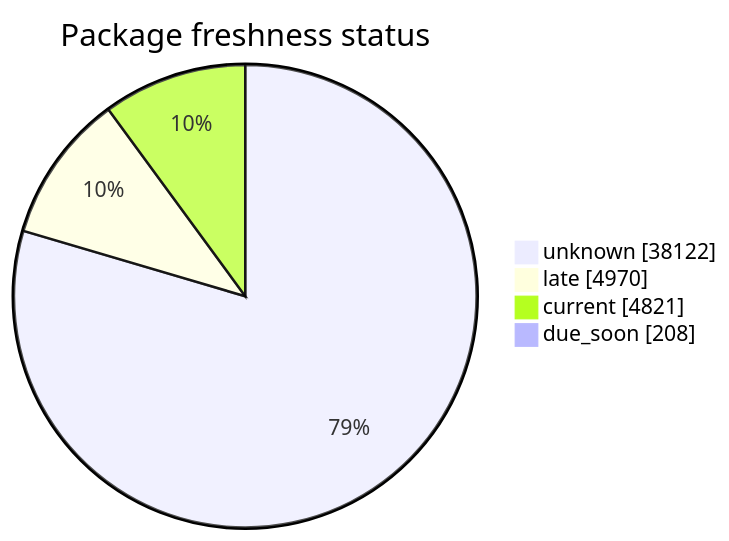
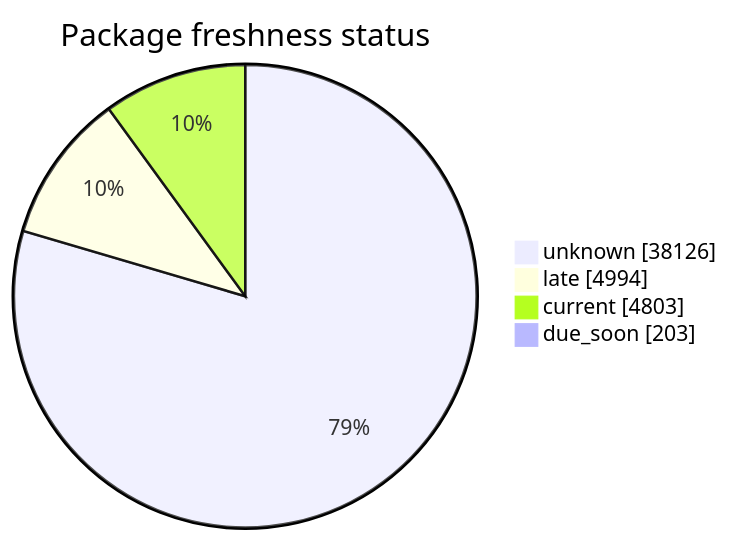
One commit to open-data/analytics-corporate-reporting changed the second of 5 diagrams in FreshCheck/README.md. Above: the diagram before and after it, drawn with Mermaid. The commit also changed other lines of this file and 3 other files, not shown here.

````diff
--- a/FreshCheck/README.md
+++ b/FreshCheck/README.md
@@ -68,7 +68,7 @@
 ```mermaid
 pie showData title Package freshness status
-    "unknown": 38122
-    "late": 4970
-    "current": 4821
-    "due_soon": 208
+    "unknown": 38126
+    "late": 4994
+    "current": 4803
+    "due_soon": 203
 ```
````
